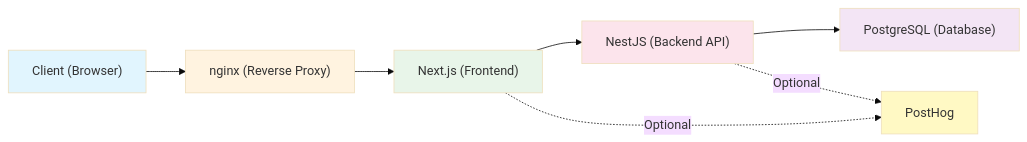
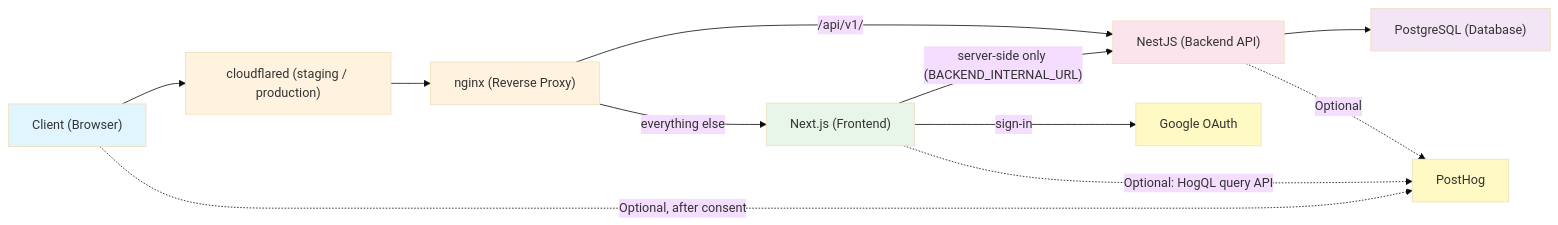
One commit to Labs-de-Games/guardiao-da-cultura changed the second of 2 diagrams in docs/en/ARCHITECTURE.md. Above: the diagram before and after it, drawn with Mermaid (base theme). The commit also changed other lines of this file and 1 other file, not shown here.

Commit message:
docs(docs): rewrite architecture for guest play and current API

````diff
--- a/docs/en/ARCHITECTURE.md
+++ b/docs/en/ARCHITECTURE.md
@@ -176,16 +214,22 @@
 ```mermaid
 flowchart LR
-    Client["Client (Browser)"] --> nginx["nginx (Reverse Proxy)"]
-    nginx --> Front["Next.js (Frontend)"]
-    Front --> Back["NestJS (Backend API)"]
+    Client["Client (Browser)"] --> Tunnel["cloudflared (staging / production)"]
+    Tunnel --> nginx["nginx (Reverse Proxy)"]
+    nginx -->|"/api/v1/"| Back["NestJS (Backend API)"]
+    nginx -->|"everything else"| Front["Next.js (Frontend)"]
+    Front -->|"server-side only (BACKEND_INTERNAL_URL)"| Back
+    Front -->|"sign-in"| Google["Google OAuth"]
     Back --> DB["PostgreSQL (Database)"]
-    Front -.->|"Optional"| PostHog["PostHog"]
+    Client -.->|"Optional, after consent"| PostHog["PostHog"]
     Back -.->|"Optional"| PostHog
+    Front -.->|"Optional: HogQL query API"| PostHog
 
     style Client fill:#e1f5fe
+    style Tunnel fill:#fff3e0
     style nginx fill:#fff3e0
     style Front fill:#e8f5e9
     style Back fill:#fce4ec
     style DB fill:#f3e5f5
     style PostHog fill:#fff9c4
+    style Google fill:#fff9c4
 ```
````
